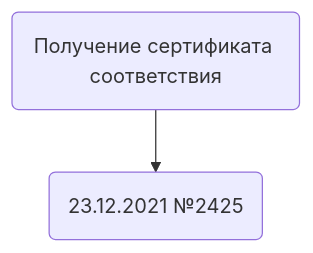
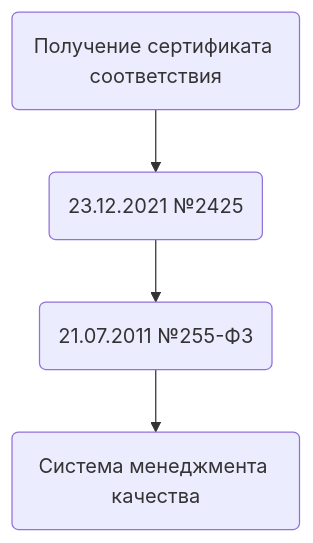
The diagram in №2Peresada.md (p3r3sada/Var-2Peresada), drawn with Mermaid before and after one commit.

````diff
--- a/№2Peresada.md
+++ b/№2Peresada.md
@@ -1,4 +1,4 @@
 ```mermaid
 flowchart TD;
-A(Получение сертификата соответствия) --> B(23.12.2021 №2425);
+A(Получение сертификата соответствия) --> B(23.12.2021 №2425) --> C(21.07.2011 №255-ФЗ) --> D(Система менеджмента качества)
 ```
````
